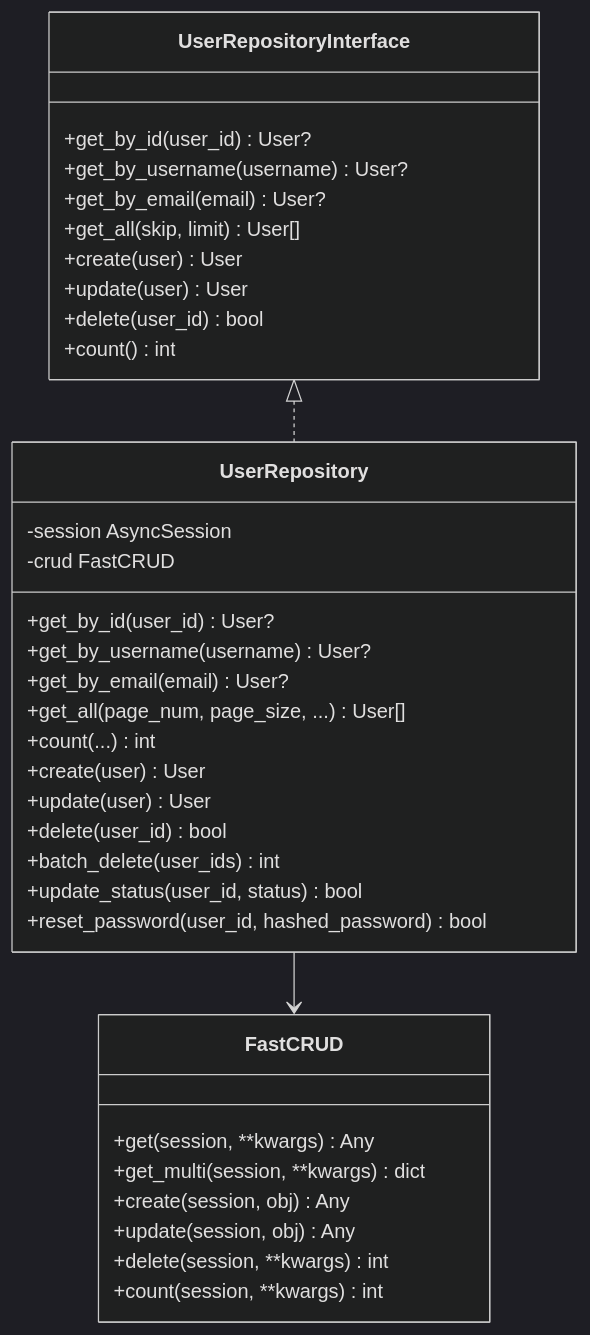
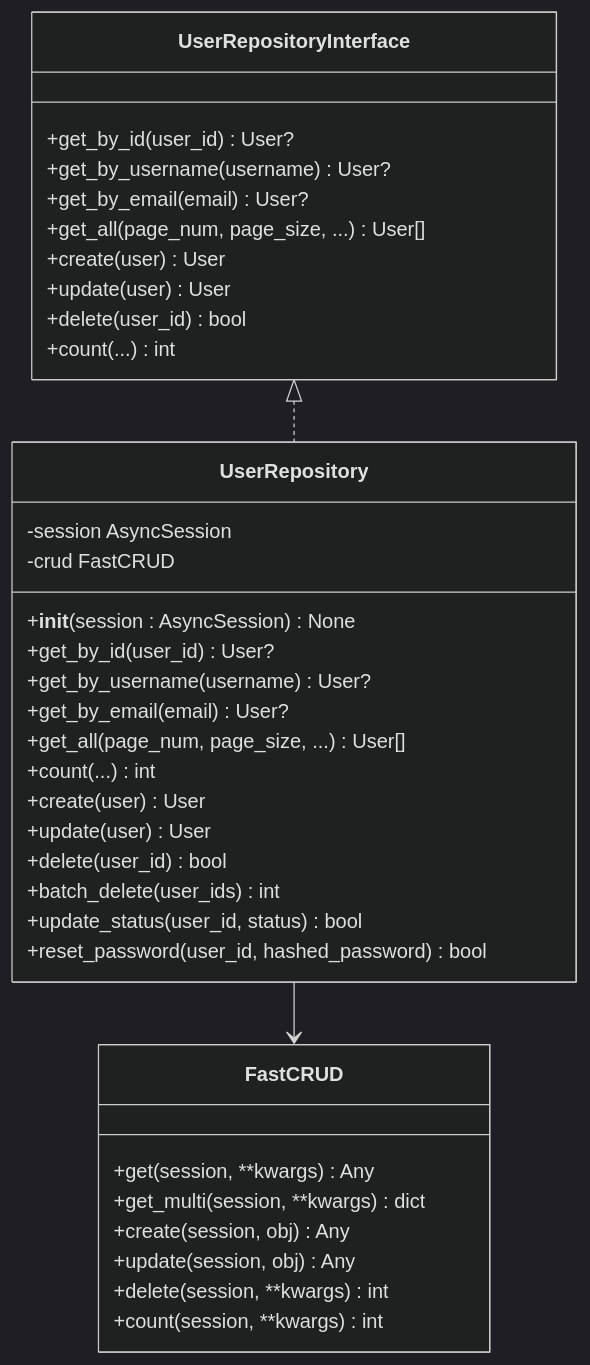
Before and after one commit to taoweidong/Hello-FastApi: the third of 5 diagrams in .qoder/repowiki/zh/content/用户管理系统/用户仓储层.md, drawn with Mermaid (dark theme). The commit also changed other lines of this file and 75 other files, not shown here.

````diff
--- a/.qoder/repowiki/zh/content/用户管理系统/用户仓储层.md
+++ b/.qoder/repowiki/zh/content/用户管理系统/用户仓储层.md
@@ -212,38 +217,39 @@
 ```mermaid
 classDiagram
 class UserRepositoryInterface {
 +get_by_id(user_id) User?
 +get_by_username(username) User?
 +get_by_email(email) User?
-+get_all(skip, limit) User[]
++get_all(page_num, page_size, ...) User[]
 +create(user) User
 +update(user) User
 +delete(user_id) bool
-+count() int
++count(...) int
 }
 class UserRepository {
 -session AsyncSession
 -crud FastCRUD
++__init__(session : AsyncSession) None
 +get_by_id(user_id) User?
 +get_by_username(username) User?
 +get_by_email(email) User?
 +get_all(page_num, page_size, ...) User[]
 +count(...) int
 +create(user) User
 +update(user) User
 +delete(user_id) bool
 +batch_delete(user_ids) int
 +update_status(user_id, status) bool
 +reset_password(user_id, hashed_password) bool
 }
 class FastCRUD {
 +get(session, **kwargs) Any
 +get_multi(session, **kwargs) dict
 +create(session, obj) Any
 +update(session, obj) Any
 +delete(session, **kwargs) int
 +count(session, **kwargs) int
 }
 UserRepositoryInterface <|.. UserRepository
 UserRepository --> FastCRUD
 ```
````
